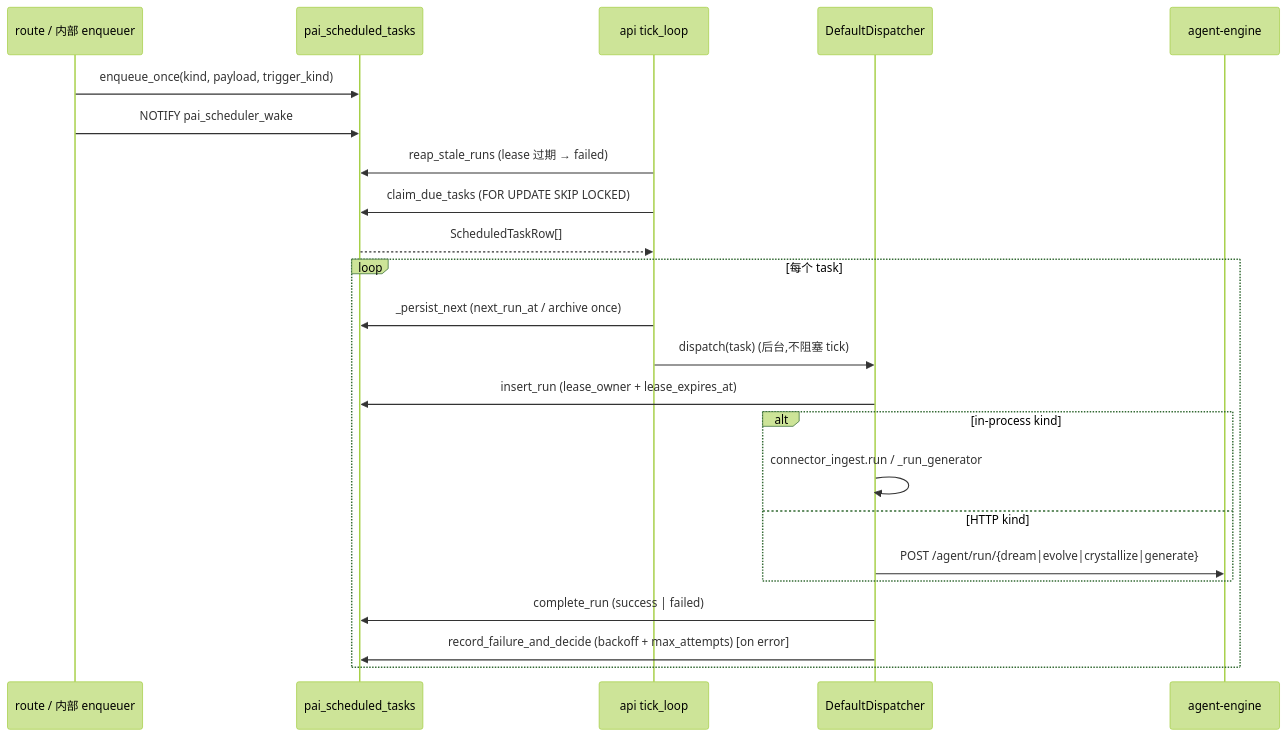
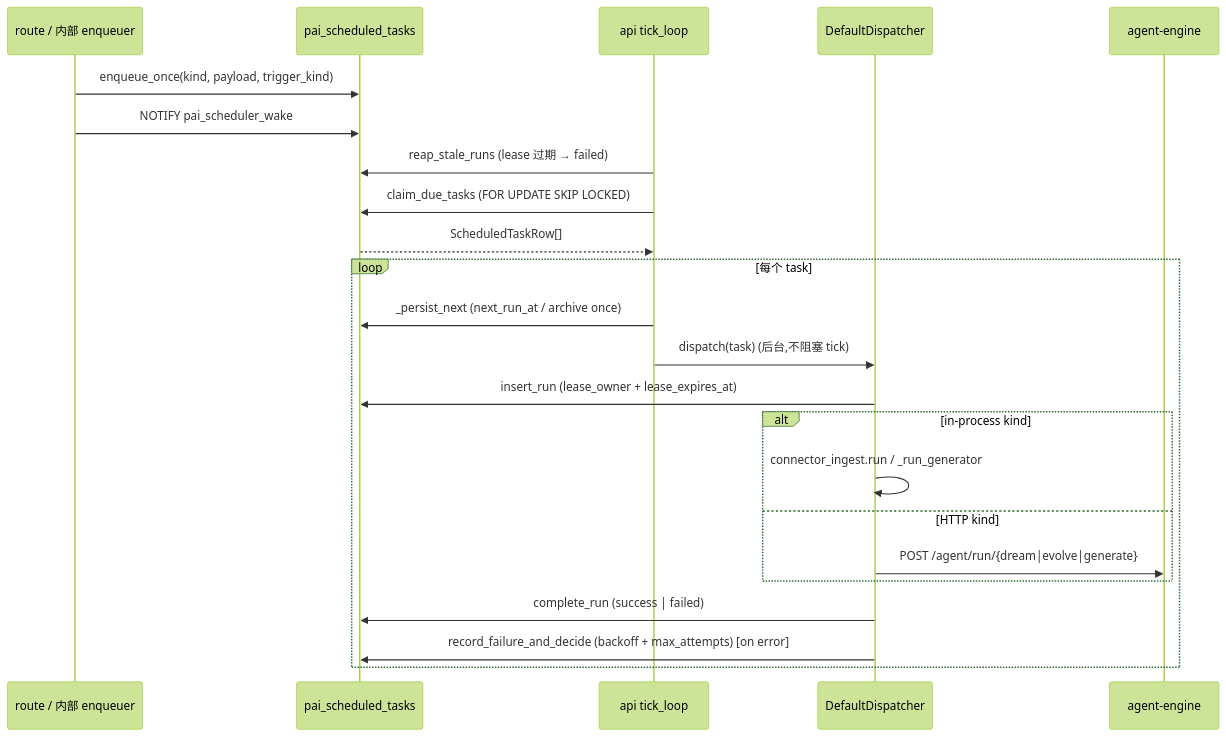
The second of 2 diagrams in docs/modules/background-tasks.mdx (Edge-AI-HQ/proactive-assistant), drawn with Mermaid (forest theme) before and after one commit. The commit also changed other lines of this file and 5 other files, not shown here.

````diff
--- a/docs/modules/background-tasks.mdx
+++ b/docs/modules/background-tasks.mdx
@@ -61,26 +60,26 @@
 ```mermaid
 sequenceDiagram
   participant Caller as route / 内部 enqueuer
   participant DB as pai_scheduled_tasks
   participant Tick as api tick_loop
   participant Disp as DefaultDispatcher
   participant Chat as agent-engine
 
   Caller->>DB: enqueue_once(kind, payload, trigger_kind)
   Caller->>DB: NOTIFY pai_scheduler_wake
   Tick->>DB: reap_stale_runs (lease 过期 → failed)
   Tick->>DB: claim_due_tasks (FOR UPDATE SKIP LOCKED)
   DB-->>Tick: ScheduledTaskRow[]
   loop 每个 task
     Tick->>DB: _persist_next (next_run_at / archive once)
     Tick->>Disp: dispatch(task) (后台,不阻塞 tick)
     Disp->>DB: insert_run (lease_owner + lease_expires_at)
     alt in-process kind
       Disp->>Disp: connector_ingest.run / _run_generator
     else HTTP kind
-      Disp->>Chat: POST /agent/run/{dream|evolve|crystallize|generate}
+      Disp->>Chat: POST /agent/run/{dream|evolve|generate}
     end
     Disp->>DB: complete_run (success | failed)
     Disp->>DB: record_failure_and_decide (backoff + max_attempts) [on error]
   end
 ```
````
